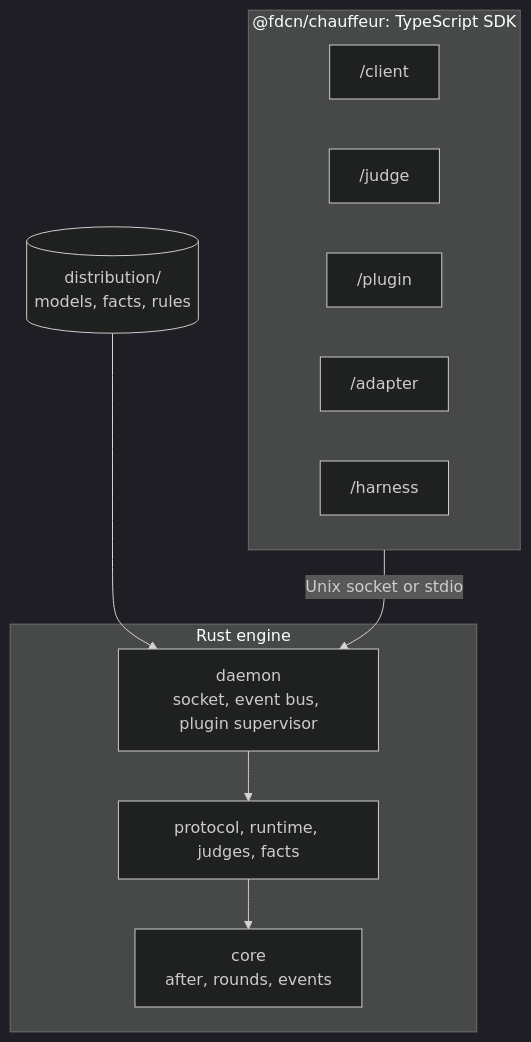
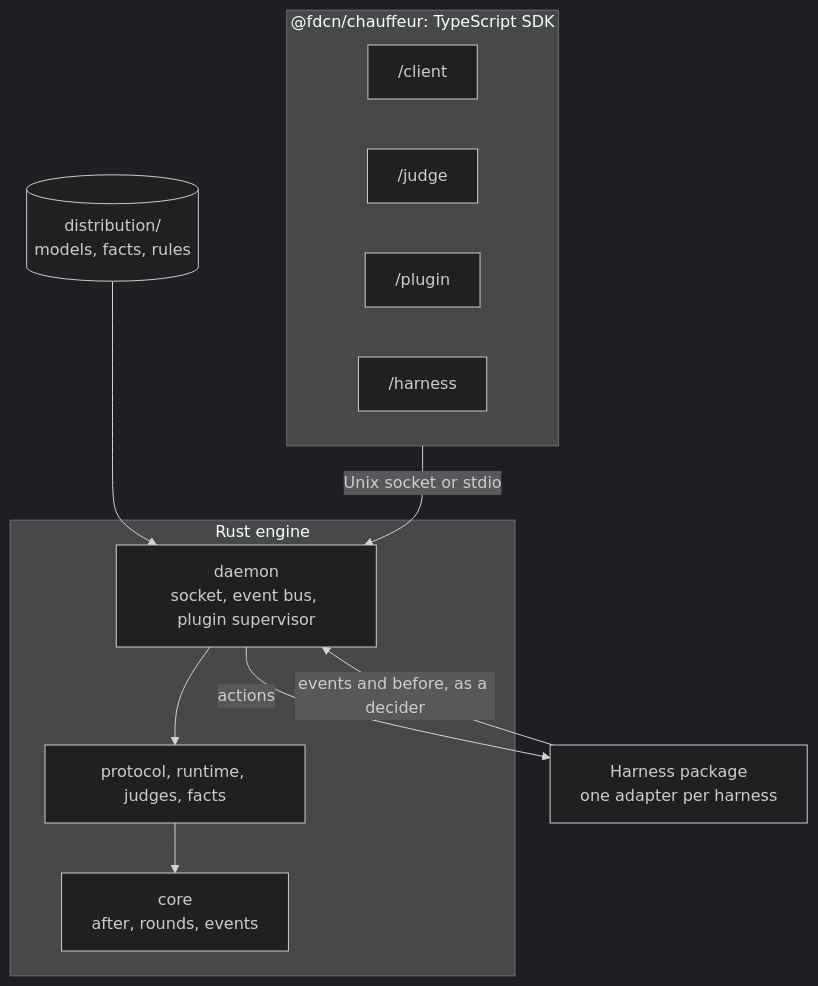
Before and after one commit to StevenJPx2/chauffeur: the fourth of 16 diagrams in docs/plans/pluggability.md, drawn with Mermaid (dark theme). The commit also changed other lines of this file, not shown here.

First line of the commit message:
docs(plans): adopt the shared harness package for adapters

````diff
--- a/docs/plans/pluggability.md
+++ b/docs/plans/pluggability.md
@@ -124,20 +125,22 @@
 ```mermaid
 flowchart TB
     subgraph TS["@fdcn/chauffeur: TypeScript SDK"]
         Client["/client"]
         Judge["/judge"]
         PluginSDK["/plugin"]
-        AdapterSDK["/adapter"]
         Harness["/harness"]
     end
+    Adapters["Harness package<br/>one adapter per harness"]
     subgraph Engine["Rust engine"]
         Daemon["daemon<br/>socket, event bus, plugin supervisor"]
         Run["protocol, runtime, judges, facts"]
         Core["core<br/>after, rounds, events"]
     end
     Dist[("distribution/<br/>models, facts, rules")]
     TS -- "Unix socket or stdio" --> Daemon
+    Adapters -- "events and before, as a decider" --> Daemon
+    Daemon -- "actions" --> Adapters
     Daemon --> Run
     Run --> Core
     Dist --> Daemon
 ```
````
